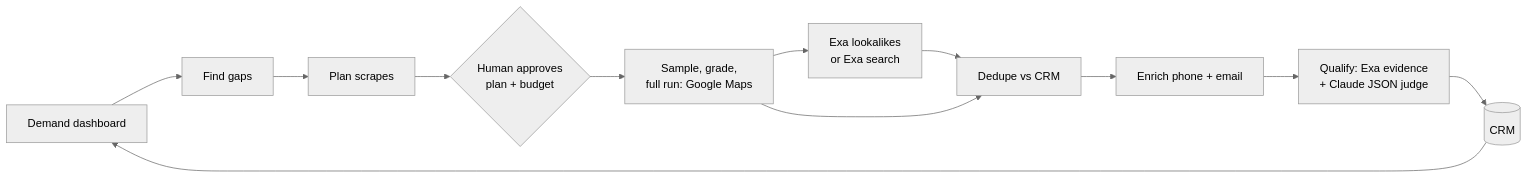
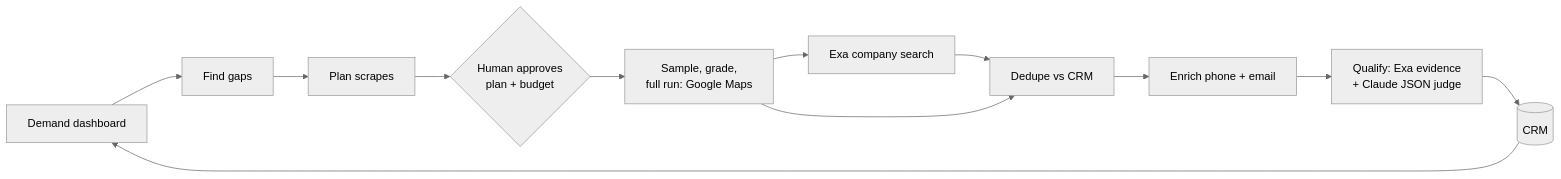
Before and after one commit to austinsolomon/applied_AI_portfolio: the diagram in p1_leadgen_pipeline_hardened_agent/README.md, drawn with Mermaid (neutral theme). The commit also changed other lines of this file and 6 other files, not shown here.

````diff
--- a/p1_leadgen_pipeline_hardened_agent/README.md
+++ b/p1_leadgen_pipeline_hardened_agent/README.md
@@ -20,14 +20,14 @@
 ```mermaid
 flowchart LR
     D[Demand dashboard] --> G[Find gaps]
     G --> P[Plan scrapes]
     P --> A{Human approves<br/>plan + budget}
     A --> S[Sample, grade,<br/>full run: Google Maps]
-    S --> X[Exa lookalikes<br/>or Exa search]
+    S --> X[Exa company search]
     X --> DD[Dedupe vs CRM]
     S --> DD
     DD --> E[Enrich phone + email]
     E --> Q[Qualify: Exa evidence<br/>+ Claude JSON judge]
     Q --> C[(CRM)]
     C --> D
 ```
````
